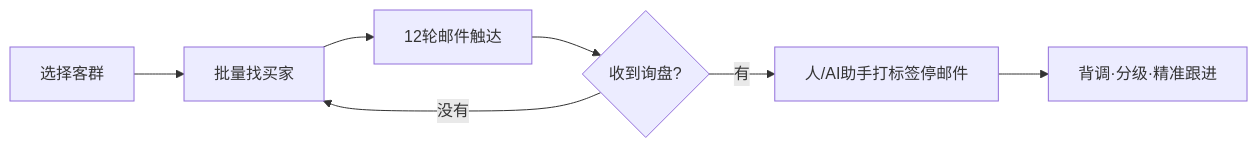
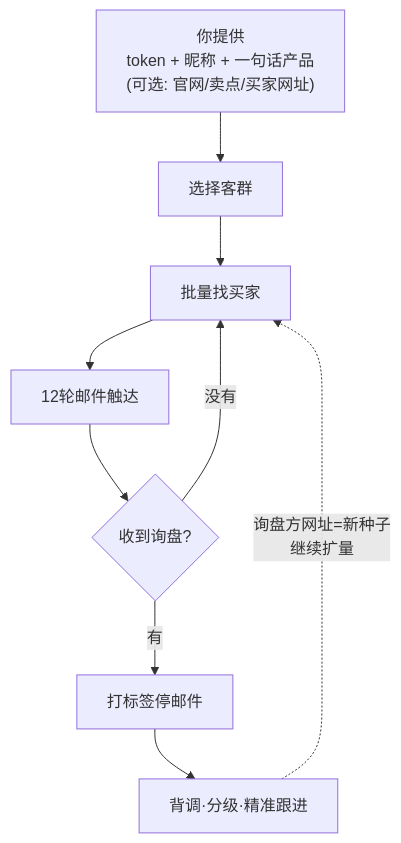
Before and after one commit to tony-apan/laifaxin-b2b-sales: the diagram in README.md, drawn with Mermaid. The commit also changed other lines of this file, not shown here.

Commit message:
v0.2.15: README顶部——shields徽章行/入口排序按用户旅程/Mermaid加用户提供节点+询盘网址回流扩量支线

````diff
--- a/README.md
+++ b/README.md
@@ -13,9 +15,11 @@
 ```mermaid
-flowchart LR
-    A["选择客群"] --> B["批量找买家"]
+flowchart TD
+    U["你提供<br/>token + 昵称 + 一句话产品<br/>(可选: 官网/卖点/买家网址)"] --> A["选择客群"]
+    A --> B["批量找买家"]
     B --> C["12轮邮件触达"]
     C --> D{"收到询盘?"}
     D -- "没有" --> B
-    D -- "有" --> E["人/AI助手打标签停邮件"]
+    D -- "有" --> E["打标签停邮件"]
     E --> F["背调·分级·精准跟进"]
+    F -. "询盘方网址=新种子<br/>继续扩量" .-> B
 ```
````
